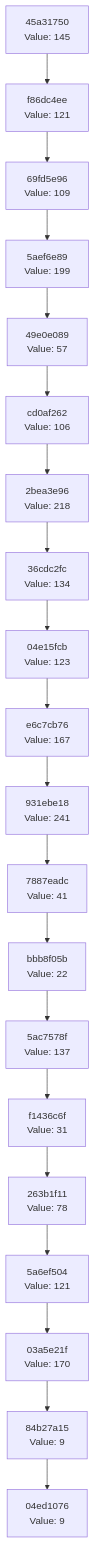
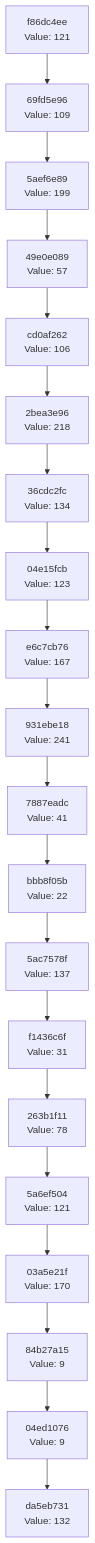
One commit to Abhisheksinha1506/hash-chain-evolver changed the diagram in docs/CHAIN_VISUALIZATION.md. Above: the diagram before and after it, drawn with Mermaid. The commit also changed 3 other files, not shown here.

````diff
--- a/docs/CHAIN_VISUALIZATION.md
+++ b/docs/CHAIN_VISUALIZATION.md
@@ -3,42 +3,42 @@
 ```mermaid
 graph TD
-    C0["04ed1076<br/>Value: 9"]
-    C1["84b27a15<br/>Value: 9"]
+    C0["da5eb731<br/>Value: 132"]
+    C1["04ed1076<br/>Value: 9"]
     C1 --> C0
-    C2["03a5e21f<br/>Value: 170"]
+    C2["84b27a15<br/>Value: 9"]
     C2 --> C1
-    C3["5a6ef504<br/>Value: 121"]
+    C3["03a5e21f<br/>Value: 170"]
     C3 --> C2
-    C4["263b1f11<br/>Value: 78"]
+    C4["5a6ef504<br/>Value: 121"]
     C4 --> C3
-    C5["f1436c6f<br/>Value: 31"]
+    C5["263b1f11<br/>Value: 78"]
     C5 --> C4
-    C6["5ac7578f<br/>Value: 137"]
+    C6["f1436c6f<br/>Value: 31"]
     C6 --> C5
-    C7["bbb8f05b<br/>Value: 22"]
+    C7["5ac7578f<br/>Value: 137"]
     C7 --> C6
-    C8["7887eadc<br/>Value: 41"]
+    C8["bbb8f05b<br/>Value: 22"]
     C8 --> C7
-    C9["931ebe18<br/>Value: 241"]
+    C9["7887eadc<br/>Value: 41"]
     C9 --> C8
-    C10["e6c7cb76<br/>Value: 167"]
+    C10["931ebe18<br/>Value: 241"]
     C10 --> C9
-    C11["04e15fcb<br/>Value: 123"]
+    C11["e6c7cb76<br/>Value: 167"]
     C11 --> C10
-    C12["36cdc2fc<br/>Value: 134"]
+    C12["04e15fcb<br/>Value: 123"]
     C12 --> C11
-    C13["2bea3e96<br/>Value: 218"]
+    C13["36cdc2fc<br/>Value: 134"]
     C13 --> C12
-    C14["cd0af262<br/>Value: 106"]
+    C14["2bea3e96<br/>Value: 218"]
     C14 --> C13
-    C15["49e0e089<br/>Value: 57"]
+    C15["cd0af262<br/>Value: 106"]
     C15 --> C14
-    C16["5aef6e89<br/>Value: 199"]
+    C16["49e0e089<br/>Value: 57"]
     C16 --> C15
-    C17["69fd5e96<br/>Value: 109"]
+    C17["5aef6e89<br/>Value: 199"]
     C17 --> C16
-    C18["f86dc4ee<br/>Value: 121"]
+    C18["69fd5e96<br/>Value: 109"]
     C18 --> C17
-    C19["45a31750<br/>Value: 145"]
+    C19["f86dc4ee<br/>Value: 121"]
     C19 --> C18
 ```
````
